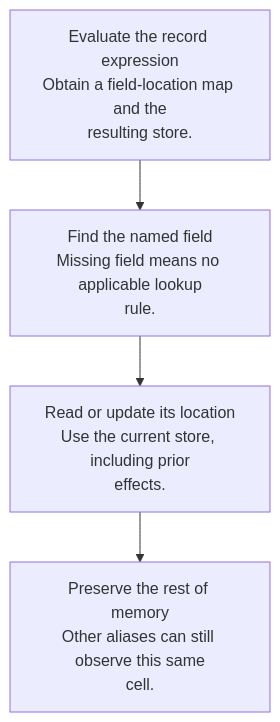
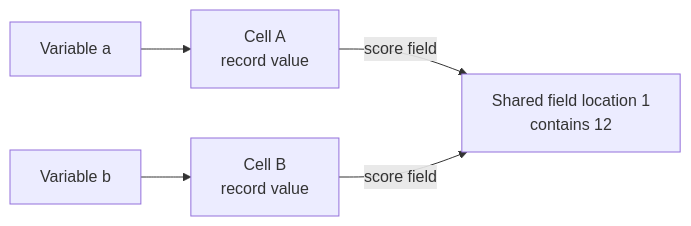
The diagram in dist/assets/diagrams/08-records-1.mmd (S0lluxx26/Programming_language_book_analyze), drawn with Mermaid before and after one commit. The commit also changed 58 other files, not shown here.

Commit message:
Verify Mermaid rendering and definition navigation across the finished book

```diff
--- a/dist/assets/diagrams/08-records-1.mmd
+++ b/dist/assets/diagrams/08-records-1.mmd
@@ -1,10 +1,7 @@
-flowchart TD
-  accTitle: A step-by-step reasoning flow
-  accDescr: Each arrow passes the result of one reasoning step to the next.
-  N0["Evaluate the record expression<br/>Obtain a field-location map and the<br/>resulting store."]
-  N1["Find the named field<br/>Missing field means no applicable lookup<br/>rule."]
-  N0 --> N1
-  N2["Read or update its location<br/>Use the current store, including prior<br/>effects."]
-  N1 --> N2
-  N3["Preserve the rest of memory<br/>Other aliases can still observe this same<br/>cell."]
-  N2 --> N3
+flowchart LR
+  accTitle: Two records can share one field cell
+  accDescr: Variables a and b have separate cells, but both stored record values refer to the same score location.
+  A["Variable a"] --> LA["Cell A<br/>record value"]
+  B["Variable b"] --> LB["Cell B<br/>record value"]
+  LA -->|"score field"| S["Shared field location 1<br/>contains 12"]
+  LB -->|"score field"| S
```
